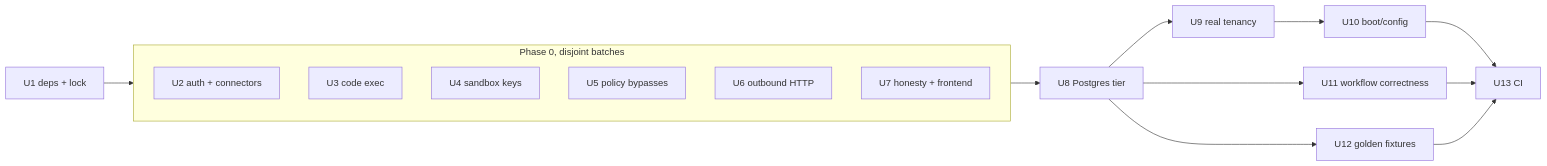
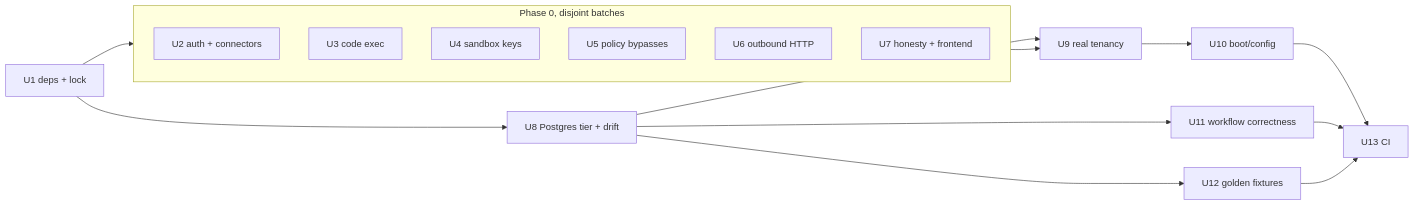
The diagram in docs/plans/2026-10-14-002-fix-backend-phase0-1-hardening-plan.md (supremeb/Oniva-ai), drawn with Mermaid before and after one commit. The commit also changed other lines of this file, not shown here.

````diff
--- a/docs/plans/2026-10-14-002-fix-backend-phase0-1-hardening-plan.md
+++ b/docs/plans/2026-10-14-002-fix-backend-phase0-1-hardening-plan.md
@@ -140,20 +144,22 @@
 ```mermaid
 flowchart LR
   U1[U1 deps + lock] --> P0
+  U1 --> U8
   subgraph P0[Phase 0, disjoint batches]
     U2[U2 auth + connectors]
     U3[U3 code exec]
     U4[U4 sandbox keys]
     U5[U5 policy bypasses]
     U6[U6 outbound HTTP]
     U7[U7 honesty + frontend]
   end
-  P0 --> U8[U8 Postgres tier]
+  U8[U8 Postgres tier + drift]
+  P0 --> U9
   U8 --> U9[U9 real tenancy]
   U9 --> U10[U10 boot/config]
   U8 --> U11[U11 workflow correctness]
   U8 --> U12[U12 golden fixtures]
   U10 --> U13[U13 CI]
   U11 --> U13
   U12 --> U13
 ```
````
